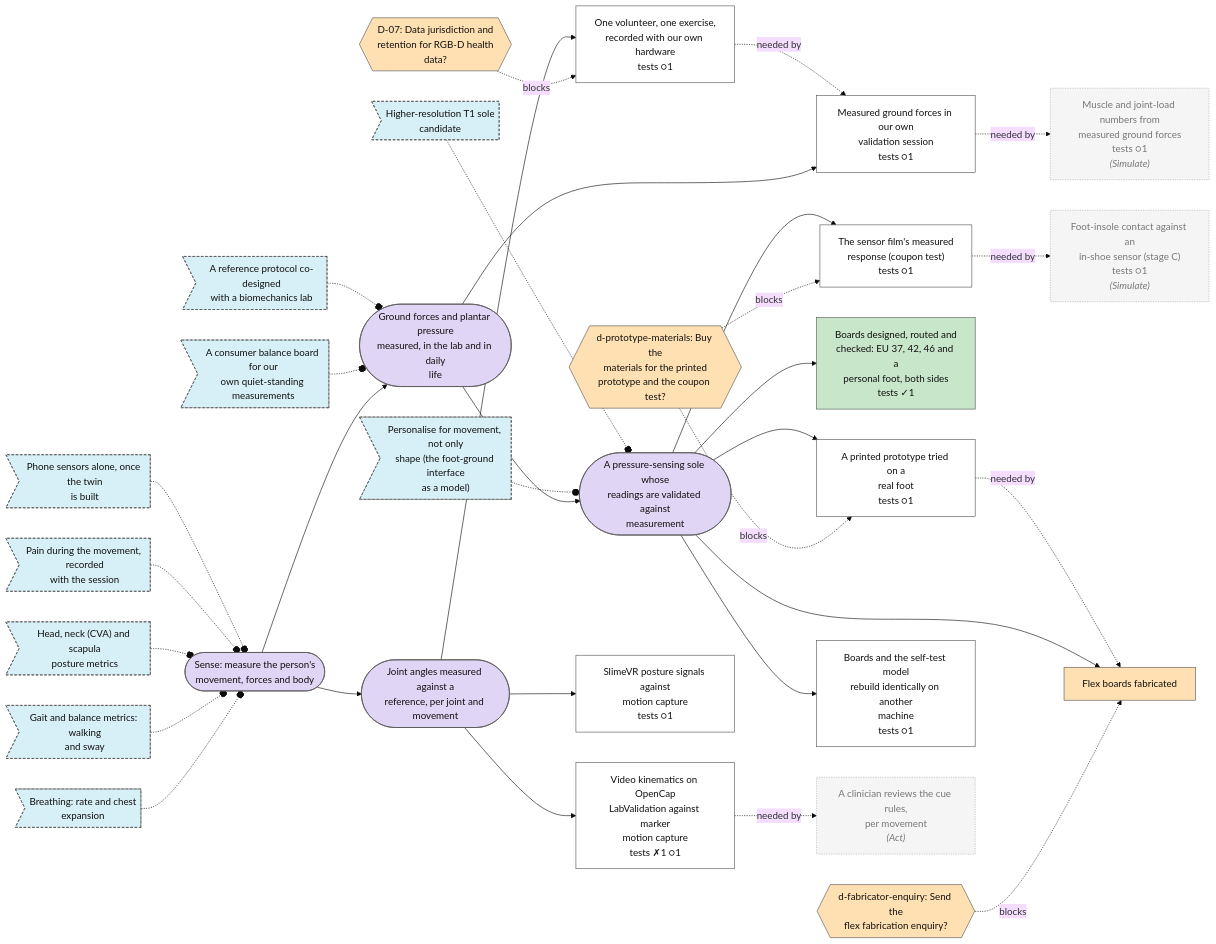
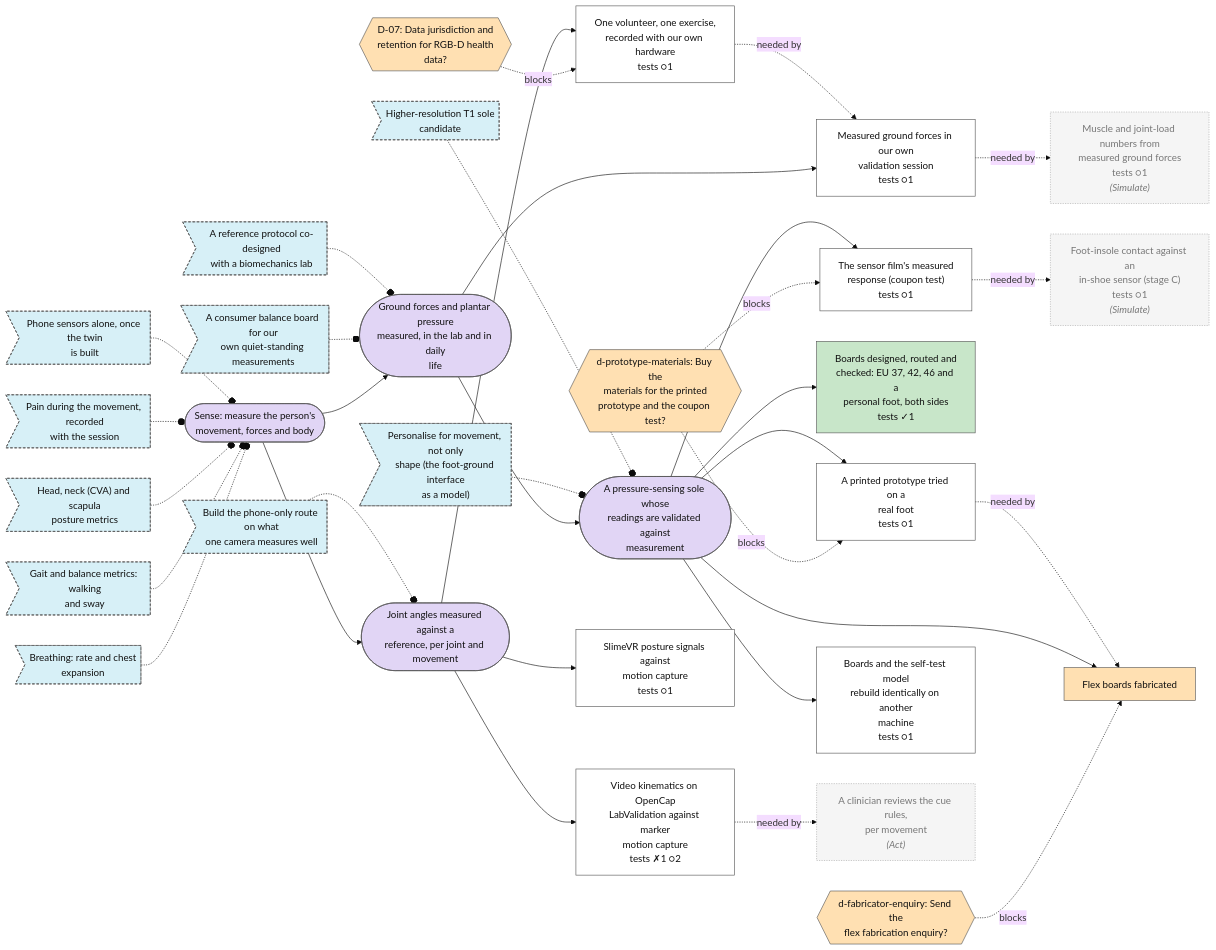
The second of 7 diagrams in plan/MAP.md (Sigurius23/Rehab-agent), drawn with Mermaid (base theme) before and after one commit. The commit also changed other lines of this file and 8 other files, not shown here.

First line of the commit message:
Video pilot: what it means, recorded in the docs and the plan

````diff
--- a/plan/MAP.md
+++ b/plan/MAP.md
@@ -47,80 +47,82 @@
 ```mermaid
 flowchart LR
   n0{{"D-07: Data jurisdiction and<br/>retention for RGB-D health<br/>data?"}}:::decision_open
   n1{{"d-fabricator-enquiry: Send the<br/>flex fabrication enquiry?"}}:::decision_open
   n2{{"d-prototype-materials: Buy the<br/>materials for the printed<br/>prototype and the coupon test?"}}:::decision_open
   n3["Measured ground forces in our own<br/>validation session<br/>tests ○1"]:::step_open
   n4(["Ground forces and plantar pressure<br/>measured, in the lab and in daily<br/>life"]):::goal_open
   n5(["Joint angles measured against a<br/>reference, per joint and movement"]):::goal_open
   n6(["A pressure-sensing sole whose<br/>readings are validated against<br/>measurement"]):::goal_open
   n7>"A consumer balance board for our<br/>own quiet-standing measurements"]:::idea_new
   n8>"Breathing: rate and chest<br/>expansion"]:::idea_new
   n9>"Gait and balance metrics: walking<br/>and sway"]:::idea_new
   n10>"Head, neck (CVA) and scapula<br/>posture metrics"]:::idea_new
   n11>"A reference protocol co-designed<br/>with a biomechanics lab"]:::idea_new
   n12>"Personalise for movement, not only<br/>shape (the foot-ground interface<br/>as a model)"]:::idea_new
-  n13>"Pain during the movement, recorded<br/>with the session"]:::idea_new
-  n14>"Phone sensors alone, once the twin<br/>is built"]:::idea_new
-  n15>"Higher-resolution T1 sole<br/>candidate"]:::idea_new
-  n16["Video kinematics on OpenCap<br/>LabValidation against marker<br/>motion capture<br/>tests ✗1 ○1"]:::step_open
-  n17["One volunteer, one exercise,<br/>recorded with our own hardware<br/>tests ○1"]:::step_open
-  n18(["Sense: measure the person's<br/>movement, forces and body"]):::goal_open
-  n19["Boards designed, routed and<br/>checked: EU 37, 42, 46 and a<br/>personal foot, both sides<br/>tests ✓1"]:::step_done
-  n20["The sensor film's measured<br/>response (coupon test)<br/>tests ○1"]:::step_open
-  n21["Flex boards fabricated"]:::step_blocked
-  n22["A printed prototype tried on a<br/>real foot<br/>tests ○1"]:::step_open
-  n23["Boards and the self-test model<br/>rebuild identically on another<br/>machine<br/>tests ○1"]:::step_open
-  n24["SlimeVR posture signals against<br/>motion capture<br/>tests ○1"]:::step_open
-  n25["A clinician reviews the cue rules,<br/>per movement<br/><i>(Act)</i>"]:::external
-  n26["Muscle and joint-load numbers from<br/>measured ground forces<br/>tests ○1<br/><i>(Simulate)</i>"]:::external
-  n27["Foot-insole contact against an<br/>in-shoe sensor (stage C)<br/>tests ○1<br/><i>(Simulate)</i>"]:::external
-  n0 -. blocks .-> n17
-  n1 -. blocks .-> n21
-  n2 -. blocks .-> n22
-  n2 -. blocks .-> n20
+  n13>"Build the phone-only route on what<br/>one camera measures well"]:::idea_new
+  n14>"Pain during the movement, recorded<br/>with the session"]:::idea_new
+  n15>"Phone sensors alone, once the twin<br/>is built"]:::idea_new
+  n16>"Higher-resolution T1 sole<br/>candidate"]:::idea_new
+  n17["Video kinematics on OpenCap<br/>LabValidation against marker<br/>motion capture<br/>tests ✗1 ○2"]:::step_open
+  n18["One volunteer, one exercise,<br/>recorded with our own hardware<br/>tests ○1"]:::step_open
+  n19(["Sense: measure the person's<br/>movement, forces and body"]):::goal_open
+  n20["Boards designed, routed and<br/>checked: EU 37, 42, 46 and a<br/>personal foot, both sides<br/>tests ✓1"]:::step_done
+  n21["The sensor film's measured<br/>response (coupon test)<br/>tests ○1"]:::step_open
+  n22["Flex boards fabricated"]:::step_blocked
+  n23["A printed prototype tried on a<br/>real foot<br/>tests ○1"]:::step_open
+  n24["Boards and the self-test model<br/>rebuild identically on another<br/>machine<br/>tests ○1"]:::step_open
+  n25["SlimeVR posture signals against<br/>motion capture<br/>tests ○1"]:::step_open
+  n26["A clinician reviews the cue rules,<br/>per movement<br/><i>(Act)</i>"]:::external
+  n27["Muscle and joint-load numbers from<br/>measured ground forces<br/>tests ○1<br/><i>(Simulate)</i>"]:::external
+  n28["Foot-insole contact against an<br/>in-shoe sensor (stage C)<br/>tests ○1<br/><i>(Simulate)</i>"]:::external
+  n0 -. blocks .-> n18
+  n1 -. blocks .-> n22
+  n2 -. blocks .-> n23
+  n2 -. blocks .-> n21
   n4 --> n3
-  n17 -. needed by .-> n3
-  n18 --> n4
-  n18 --> n5
+  n18 -. needed by .-> n3
+  n19 --> n4
+  n19 --> n5
   n4 --> n6
   n7 -.-o n4
-  n8 -.-o n18
-  n9 -.-o n18
-  n10 -.-o n18
+  n8 -.-o n19
+  n9 -.-o n19
+  n10 -.-o n19
   n11 -.-o n4
   n12 -.-o n6
-  n13 -.-o n18
-  n14 -.-o n18
-  n15 -.-o n6
-  n5 --> n16
+  n13 -.-o n5
+  n14 -.-o n19
+  n15 -.-o n19
+  n16 -.-o n6
   n5 --> n17
-  n6 --> n19
+  n5 --> n18
   n6 --> n20
   n6 --> n21
-  n22 -. needed by .-> n21
   n6 --> n22
+  n23 -. needed by .-> n22
   n6 --> n23
-  n5 --> n24
-  n16 -. needed by .-> n25
-  n3 -. needed by .-> n26
-  n20 -. needed by .-> n27
+  n6 --> n24
+  n5 --> n25
+  n17 -. needed by .-> n26
+  n3 -. needed by .-> n27
+  n21 -. needed by .-> n28
   classDef goal_open fill:#e1d5f5,stroke:#555,color:#111
   classDef goal_done fill:#c8e6c9,stroke:#555,color:#111
   classDef step_open fill:#ffffff,stroke:#555,color:#111
   classDef step_doing fill:#fff3c4,stroke:#555,color:#111
   classDef step_done fill:#c8e6c9,stroke:#555,color:#111
   classDef step_blocked fill:#ffe0b2,stroke:#555,color:#111
   classDef step_dropped fill:#eeeeee,stroke:#555,color:#111
   classDef test_planned fill:#ffffff,stroke:#555,color:#111
   classDef test_running fill:#fff3c4,stroke:#555,color:#111
   classDef test_passed fill:#c8e6c9,stroke:#555,color:#111
   classDef test_failed fill:#ffcdd2,stroke:#555,color:#111
   classDef test_mixed fill:#fff3c4,stroke:#555,color:#111
   classDef test_dropped fill:#eeeeee,stroke:#555,color:#111
   classDef idea_new fill:#d7f0f7,stroke:#555,color:#111,stroke-dasharray: 4 3
   classDef idea_promoted fill:#eeeeee,stroke:#555,color:#111,stroke-dasharray: 4 3
   classDef idea_dropped fill:#eeeeee,stroke:#555,color:#111,stroke-dasharray: 4 3
   classDef decision_open fill:#ffe0b2,stroke:#555,color:#111
   classDef decision_decided fill:#ffe0b2,stroke:#555,color:#111
   classDef external fill:#f5f5f5,stroke:#aaa,color:#777,stroke-dasharray: 2 2
 ```
````
